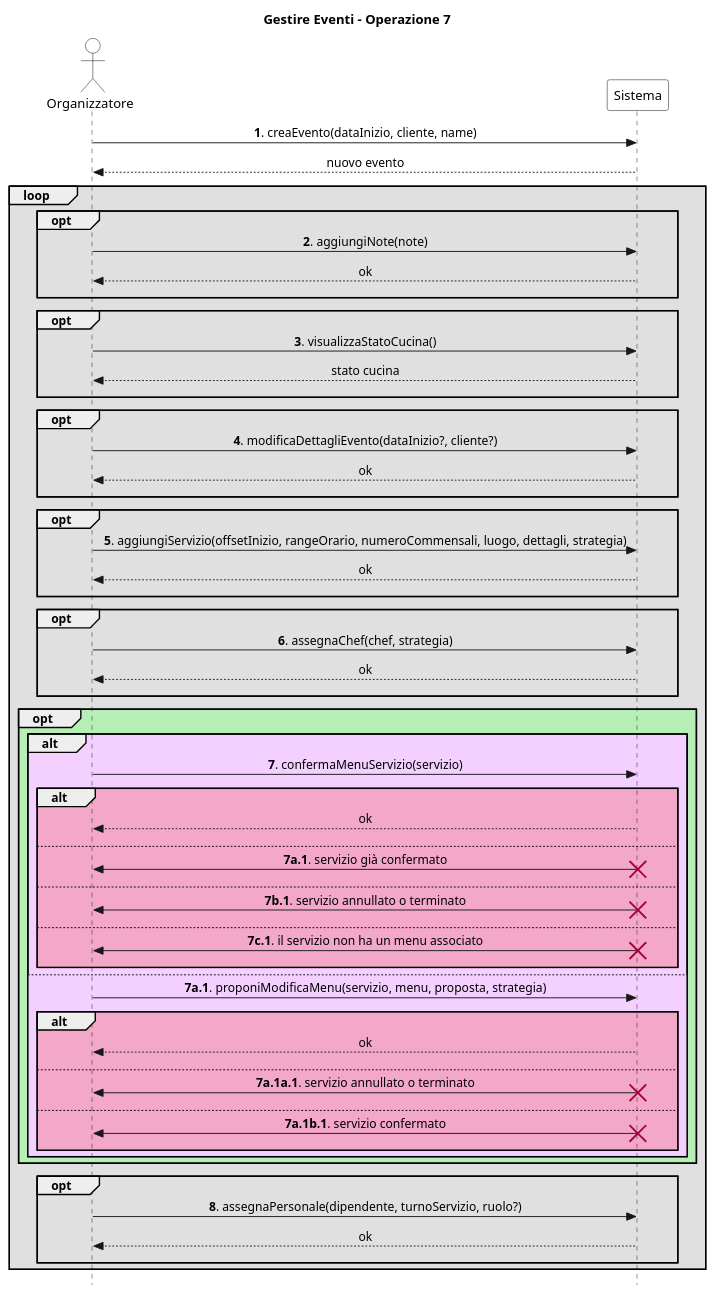
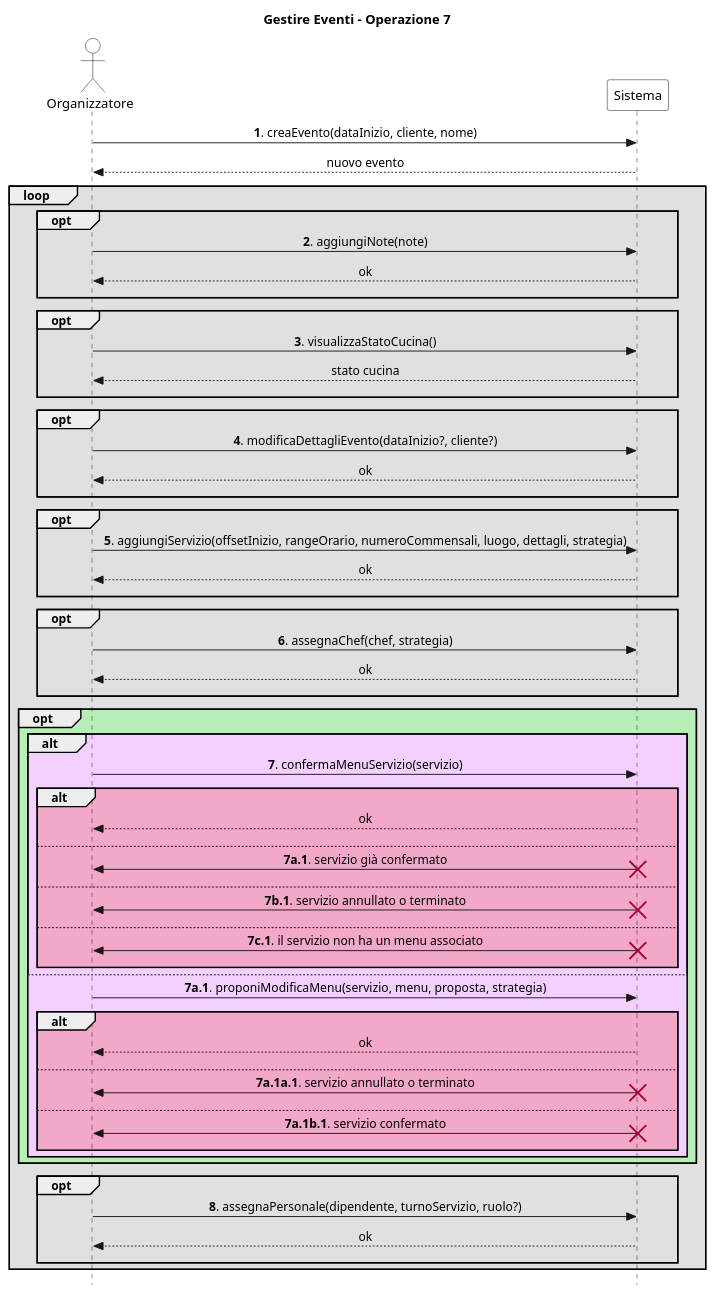
The diagram in UP/Requisiti/UC Gestire Eventi/SSD/Estensioni-Eccezioni Op7.puml (stefa168/sas-project), drawn with PlantUML before and after one commit. The commit also changed 5 other files, not shown here.

Commit message:
nome di evento

```diff
--- a/UP/Requisiti/UC Gestire Eventi/SSD/Estensioni-Eccezioni Op7.puml
+++ b/UP/Requisiti/UC Gestire Eventi/SSD/Estensioni-Eccezioni Op7.puml
@@ -1,93 +1,93 @@
 @startuml
 skinparam Style strictuml
 skinparam SequenceMessageAlign center
 
 skinparam sequence {
     ActorBorderColor Black
     ActorBackgroundColor White
     ParticipantBorderColor Black
     ParticipantBackgroundColor White
 }
 
 actor "Organizzatore" as org
 participant Sistema
 
 title Gestire Eventi - Operazione 7
 
-org -> Sistema: **1**. creaEvento(dataInizio, cliente, name)
+org -> Sistema: **1**. creaEvento(dataInizio, cliente, nome)
 return nuovo evento
 
 loop #e0e0e0
     opt #e0e0e0
         org -> Sistema: **2**. aggiungiNote(note)
         return ok
         ||10||
     end
 
     opt #e0e0e0
         org -> Sistema: **3**. visualizzaStatoCucina()
         return stato cucina
         ||10||
     end
 
     opt #e0e0e0
         org -> Sistema: **4**. modificaDettagliEvento(dataInizio?, cliente?)
         return ok
         ||10||
     end
 
     opt #e0e0e0
         org -> Sistema: **5**. aggiungiServizio(offsetInizio, rangeOrario, numeroCommensali, luogo, dettagli, strategia)
         return ok
         ||10||
     end
 
     opt #e0e0e0
         org -> Sistema: **6**. assegnaChef(chef, strategia)
         return ok
         ||10||
     end
 
     opt #b6efb6
         alt #f3d0ff
             org -> Sistema: **7**. confermaMenuServizio(servizio)
             alt #f3a7c9
                 return ok
                 ||10||
             else
                 org <- Sistema: **7a.1**. servizio già confermato
                 destroy Sistema
                 ||10||
             else
                 org <- Sistema: **7b.1**. servizio annullato o terminato
                 destroy Sistema
                 ||10||
             else
                 org <- Sistema: **7c.1**. il servizio non ha un menu associato
                 destroy Sistema
                 ||10||
             end
         else
             org -> Sistema: **7a.1**. proponiModificaMenu(servizio, menu, proposta, strategia)
             alt #f3a7c9
                 return ok
                 ||10||
             else
                 org <- Sistema: **7a.1a.1**. servizio annullato o terminato
                 destroy Sistema
                 ||10||
             else
                 org <- Sistema: **7a.1b.1**. servizio confermato
                 destroy Sistema
                 ||10||
             end
         end
     end
 
     opt #e0e0e0
         org -> Sistema: **8**. assegnaPersonale(dipendente, turnoServizio, ruolo?)
         return ok
         ||10||
     end
 end
 @enduml
```
